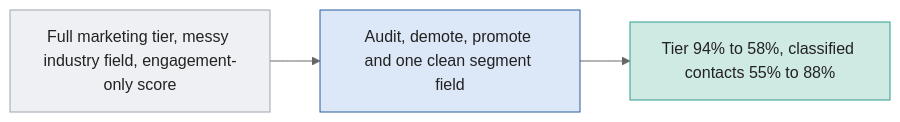
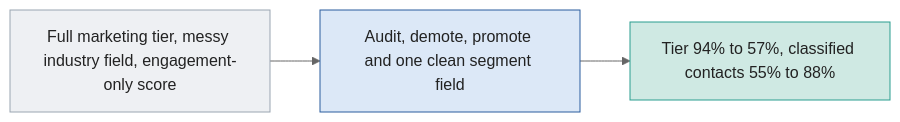
The diagram in 02-crm-cleanup-and-scoring/README.md (rbanola1/RevOps-Portfolio), drawn with Mermaid (neutral theme) before and after one commit. The commit also changed other lines of this file and 64 other files, not shown here.

````diff
--- a/02-crm-cleanup-and-scoring/README.md
+++ b/02-crm-cleanup-and-scoring/README.md
@@ -8,10 +8,10 @@
 ```mermaid
 flowchart LR
-    A["Full marketing tier, messy industry field, engagement-only score"] --> B["Audit, demote, promote and one clean segment field"] --> C["Tier 94% to 58%, classified contacts 55% to 88%"]
+    A["Full marketing tier, messy industry field, engagement-only score"] --> B["Audit, demote, promote and one clean segment field"] --> C["Tier 94% to 57%, classified contacts 55% to 88%"]
     classDef p fill:#EEF0F3,stroke:#9AA5B1,color:#222
     classDef b fill:#DCE8F7,stroke:#2B5C9E,color:#222
     classDef r fill:#CFE9E3,stroke:#2A9D8F,color:#222
     class A p
     class B b
     class C r
 ```
````
